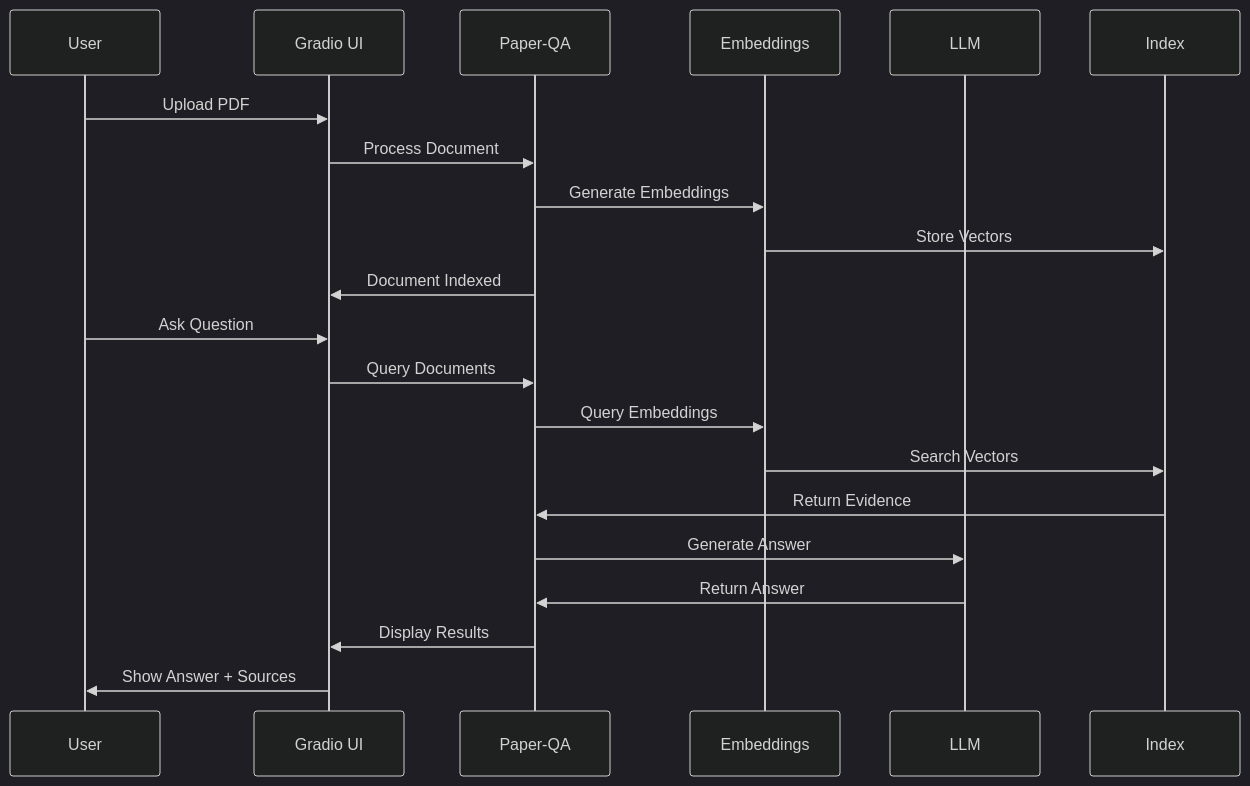
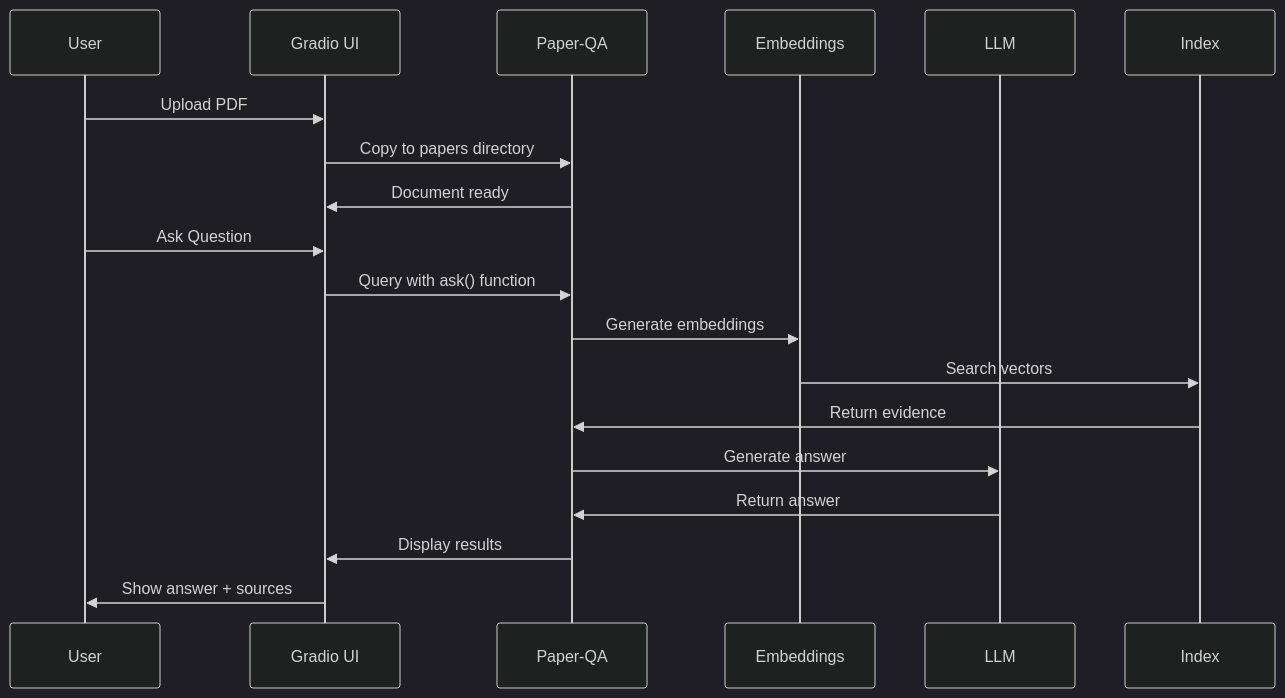
One commit to usathyan/paper-qa-ui changed the second of 5 diagrams in DEVELOPER.md. Above: the diagram before and after it, drawn with Mermaid (dark theme). The commit also changed other lines of this file and 27 other files, not shown here.

````diff
--- a/DEVELOPER.md
+++ b/DEVELOPER.md
@@ -36,25 +36,23 @@
 ```mermaid
 sequenceDiagram
     participant U as User
     participant G as Gradio UI
     participant P as Paper-QA
     participant E as Embeddings
     participant L as LLM
     participant I as Index
     
     U->>G: Upload PDF
-    G->>P: Process Document
-    P->>E: Generate Embeddings
-    E->>I: Store Vectors
-    P->>G: Document Indexed
+    G->>P: Copy to papers directory
+    P->>G: Document ready
     
     U->>G: Ask Question
-    G->>P: Query Documents
-    P->>E: Query Embeddings
-    E->>I: Search Vectors
-    I->>P: Return Evidence
-    P->>L: Generate Answer
-    L->>P: Return Answer
-    P->>G: Display Results
-    G->>U: Show Answer + Sources
+    G->>P: Query with ask() function
+    P->>E: Generate embeddings
+    E->>I: Search vectors
+    I->>P: Return evidence
+    P->>L: Generate answer
+    L->>P: Return answer
+    P->>G: Display results
+    G->>U: Show answer + sources
 ```
````
